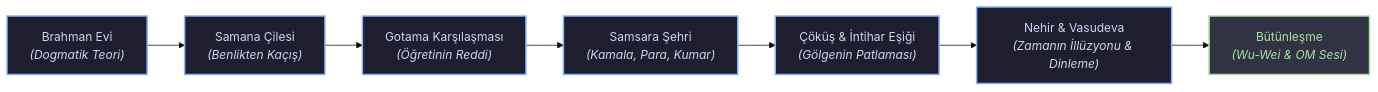
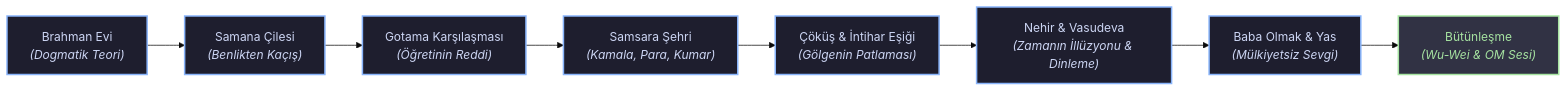
Before and after one commit to bahattinyunus/kendi_yolun: the diagram in README.md, drawn with Mermaid (base theme). The commit also changed other lines of this file and 25 other files, not shown here.

````diff
--- a/README.md
+++ b/README.md
@@ -18,14 +18,15 @@
 ```mermaid
 flowchart LR
     A["Brahman Evi<br/><i>(Dogmatik Teori)</i>"] --> B["Samana Çilesi<br/><i>(Benlikten Kaçış)</i>"]
     B --> C["Gotama Karşılaşması<br/><i>(Öğretinin Reddi)</i>"]
     C --> D["Samsara Şehri<br/><i>(Kamala, Para, Kumar)</i>"]
     D --> E["Çöküş & İntihar Eşiği<br/><i>(Gölgenin Patlaması)</i>"]
     E --> F["Nehir & Vasudeva<br/><i>(Zamanın İllüzyonu & Dinleme)</i>"]
-    F --> G["Bütünleşme<br/><i>(Wu-Wei & OM Sesi)</i>"]
+    F --> G["Baba Olmak & Yas<br/><i>(Mülkiyetsiz Sevgi)</i>"]
+    G --> H["Bütünleşme<br/><i>(Wu-Wei & OM Sesi)</i>"]
 
     classDef stage fill:#1e1e2e,stroke:#89b4fa,stroke-width:2px,color:#cdd6f4;
     classDef peak fill:#313244,stroke:#a6e3a1,stroke-width:2px,color:#a6e3a1;
-    class A,B,C,D,E,F stage;
-    class G peak;
+    class A,B,C,D,E,F,G stage;
+    class H peak;
 ```
````
